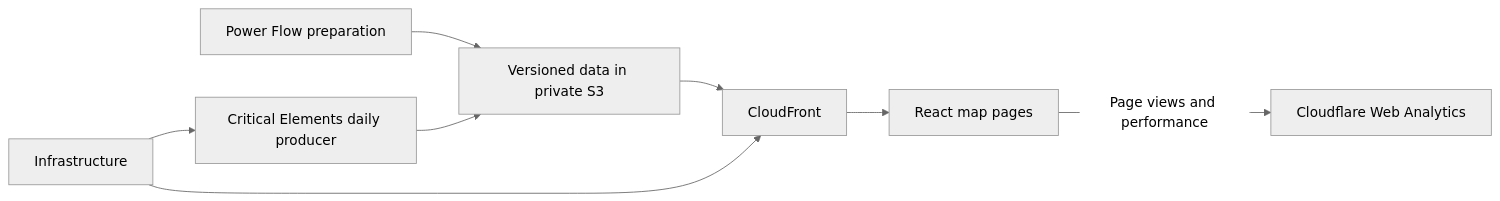
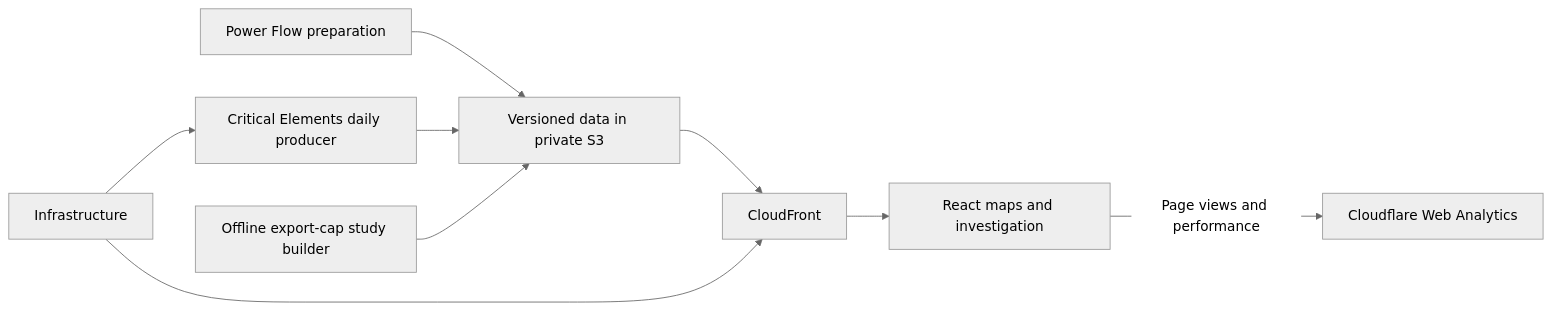
One commit to zoltanmaric/coppersushi changed the diagram in coppersushi/README.md. Above: the diagram before and after it, drawn with Mermaid (neutral theme). The commit also changed 42 other files, not shown here.

Commit message:
Add fixed Polish export-cap investigation page

````diff
--- a/coppersushi/README.md
+++ b/coppersushi/README.md
@@ -11,9 +11,10 @@
 ```mermaid
 flowchart LR
   preparation["Power Flow preparation"] --> files["Versioned data in private S3"]
   daily["Critical Elements daily producer"] --> files
-  files --> edge["CloudFront"] --> frontend["React map pages"]
+  study["Offline export-cap study builder"] --> files
+  files --> edge["CloudFront"] --> frontend["React maps and investigation"]
   frontend -->|Page views and performance| analytics["Cloudflare Web Analytics"]
   infra["Infrastructure"] --> daily
   infra --> edge
 ```
````
